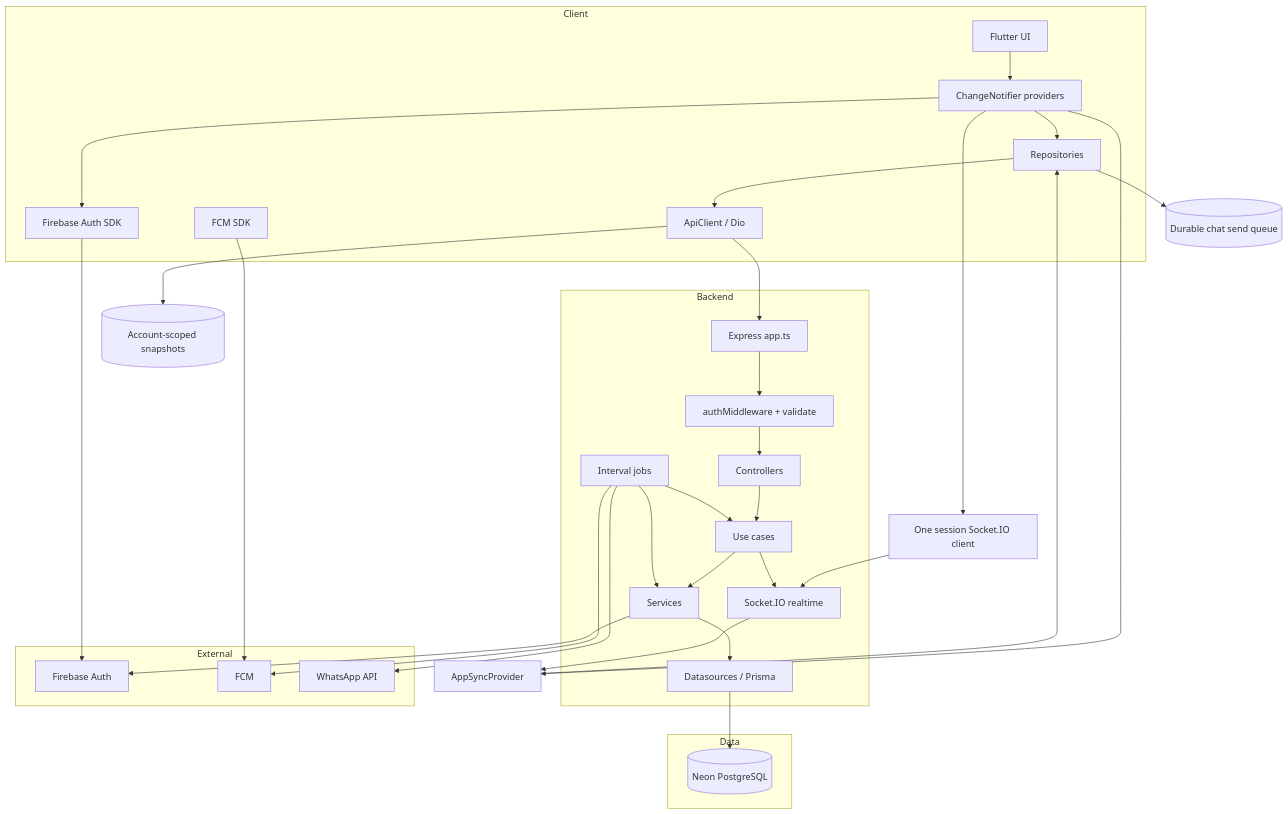
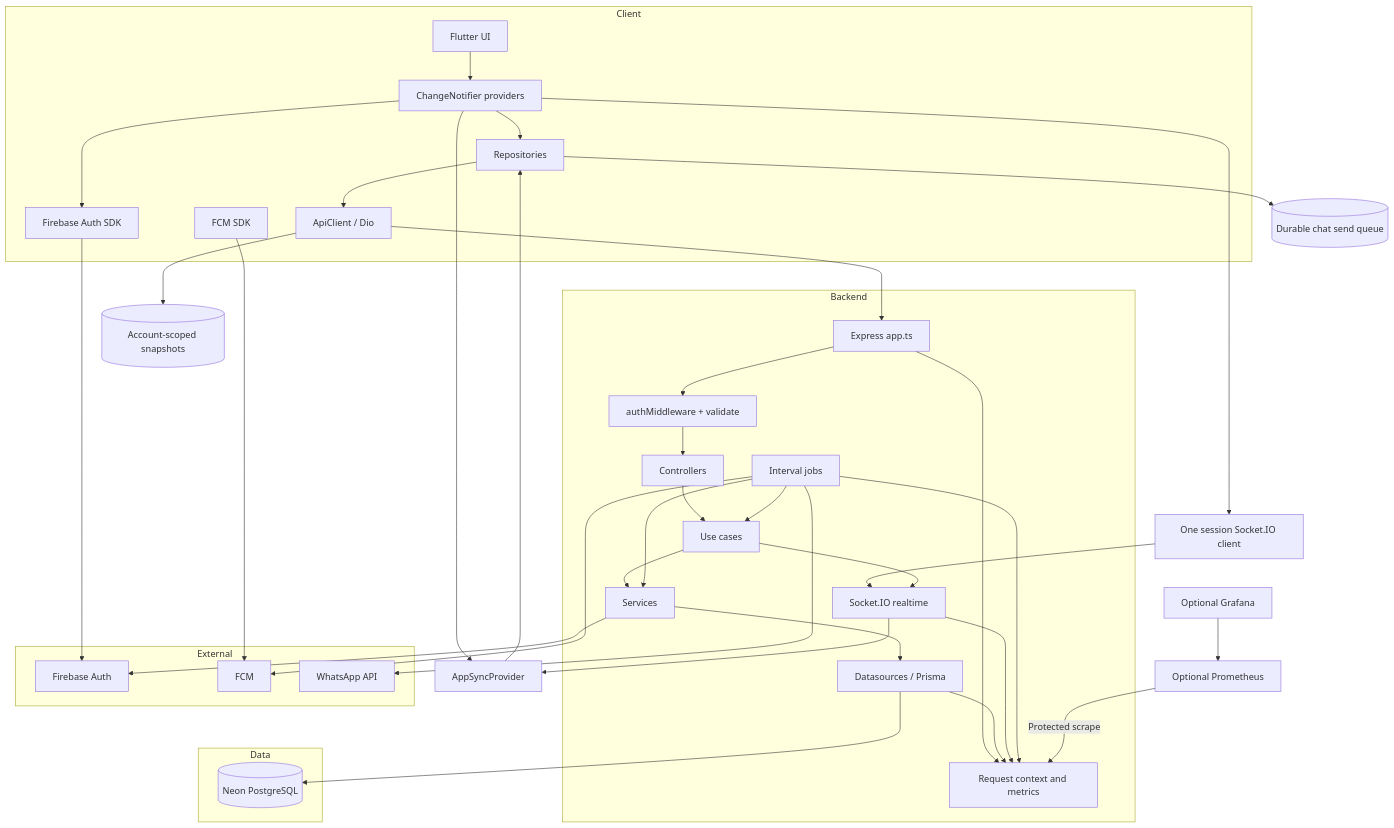
The first of 8 diagrams in docs/SYSTEM_ARCHITECTURE.md (MohamedMSalah/yalla5roga), drawn with Mermaid before and after one commit. The commit also changed other lines of this file and 469 other files, not shown here.

````diff
--- a/docs/SYSTEM_ARCHITECTURE.md
+++ b/docs/SYSTEM_ARCHITECTURE.md
@@ -27,51 +28,58 @@
 ```mermaid
 flowchart TB
   subgraph Client
     UI[Flutter UI]
     Providers[ChangeNotifier providers]
     Repos[Repositories]
     Dio[ApiClient / Dio]
     FA[Firebase Auth SDK]
     FM[FCM SDK]
   end
 
   subgraph Backend
     Express[Express app.ts]
     IO[Socket.IO realtime]
     MW[authMiddleware + validate]
     Ctrl[Controllers]
     UC[Use cases]
     Svc[Services]
     DS[Datasources / Prisma]
     Jobs[Interval jobs]
+    Observability[Request context and metrics]
   end
 
   subgraph Data
     Neon[(Neon PostgreSQL)]
   end
 
   subgraph External
     FAuth[Firebase Auth]
     FCM[FCM]
     WA[WhatsApp API]
   end
 
   UI --> Providers --> Repos --> Dio --> Express
   Providers --> Transport[One session Socket.IO client]
   Transport --> IO
   Providers --> Sync[AppSyncProvider]
   Sync --> Repos
   Dio --> Cache[(Account-scoped snapshots)]
   Repos --> Queue[(Durable chat send queue)]
   IO --> Sync
   FA --> FAuth
   Providers --> FA
   FM --> FCM
   Express --> MW --> Ctrl --> UC --> Svc --> DS --> Neon
   UC --> IO
   Jobs --> UC
   Jobs --> Svc
   Svc --> FAuth
   Jobs --> FCM
   Jobs --> WA
+  Express --> Observability
+  DS --> Observability
+  IO --> Observability
+  Jobs --> Observability
+  Prometheus[Optional Prometheus] -->|Protected scrape| Observability
+  Grafana[Optional Grafana] --> Prometheus
 ```
````
